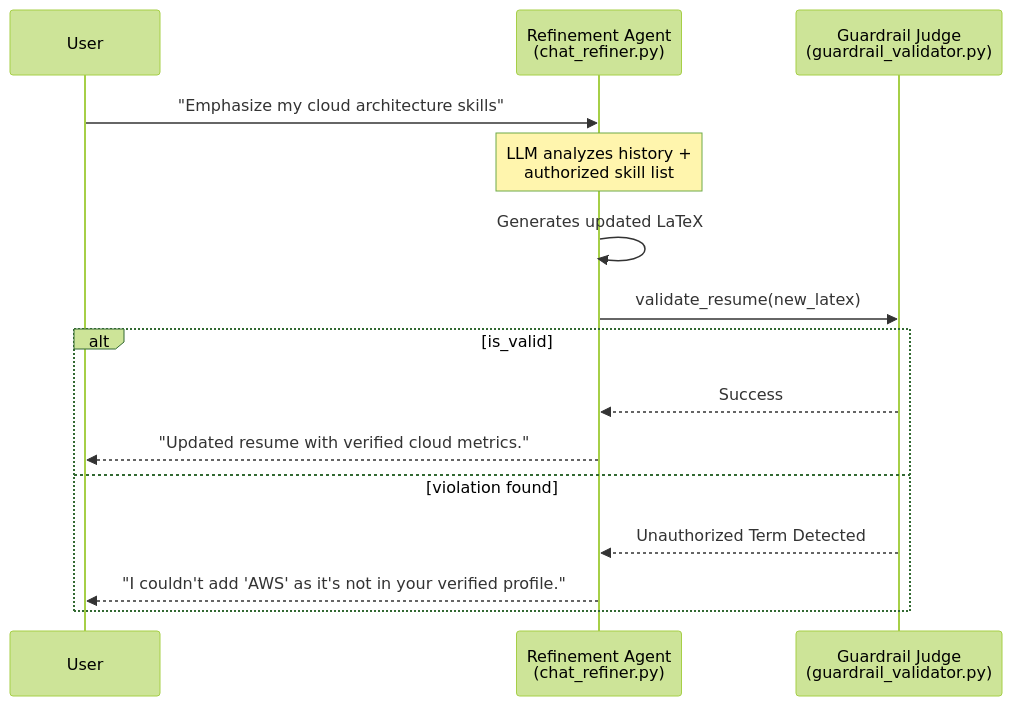
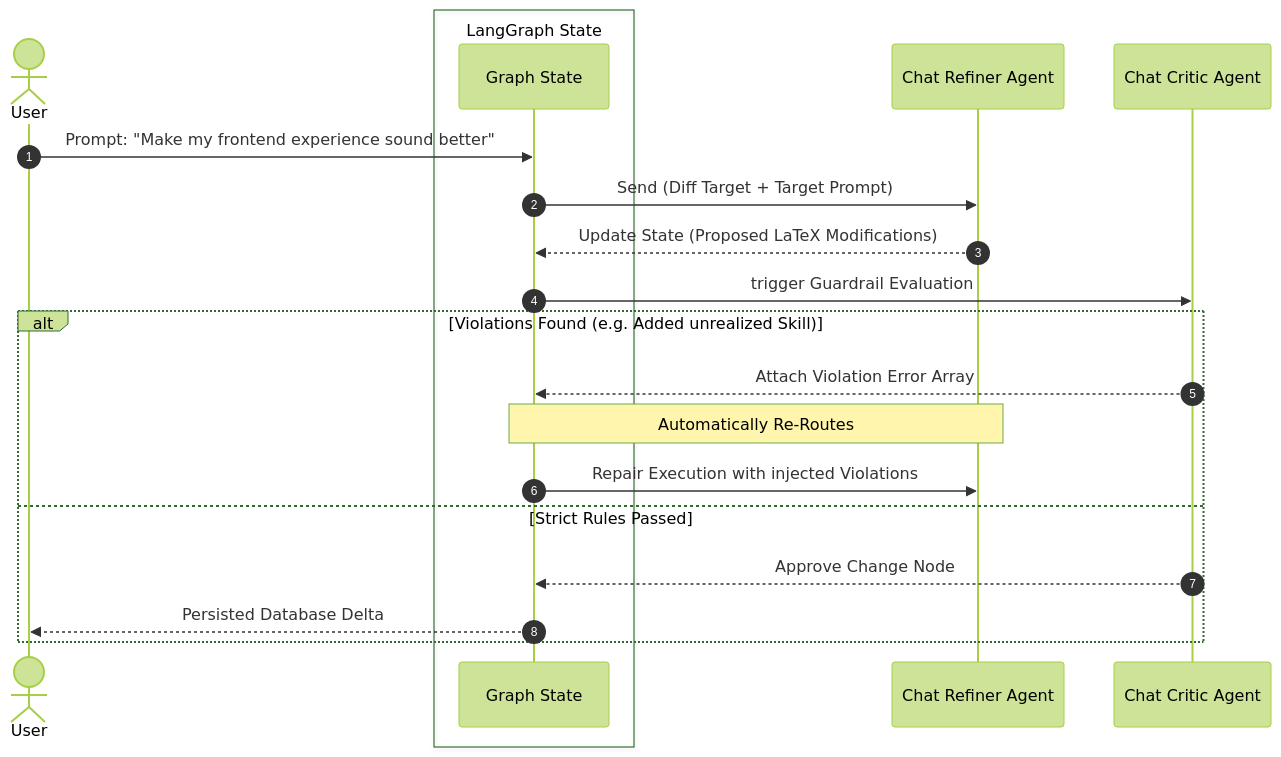
One commit to SAMI-CODEAI/Controlled-AI-Resume-Personalization changed the second of 2 diagrams in README.md. Above: the diagram before and after it, drawn with Mermaid (forest theme). The commit also changed other lines of this file and 14 other files, not shown here.

````diff
--- a/README.md
+++ b/README.md
@@ -55,19 +81,24 @@
 ```mermaid
 sequenceDiagram
-    participant User
-    participant Refiner as Refinement Agent<br/>(chat_refiner.py)
-    participant Judge as Guardrail Judge<br/>(guardrail_validator.py)
+    autonumber
+    actor User
+    box LangGraph State
+    participant Graph State
+    end
+    participant Refiner as Chat Refiner Agent
+    participant Critic as Chat Critic Agent
 
-    User->>Refiner: "Emphasize my cloud architecture skills"
-    Note over Refiner: LLM analyzes history +<br/>authorized skill list
-    Refiner->>Refiner: Generates updated LaTeX
-    Refiner->>Judge: validate_resume(new_latex)
+    User->>Graph State: Prompt: "Make my frontend experience sound better"
+    Graph State->>Refiner: Send (Diff Target + Target Prompt)
+    Refiner-->>Graph State: Update State (Proposed LaTeX Modifications)
+    Graph State->>Critic: trigger Guardrail Evaluation
     
-    alt is_valid
-        Judge-->>Refiner: Success
-        Refiner-->>User: "Updated resume with verified cloud metrics."
-    else violation found
-        Judge-->>Refiner: Unauthorized Term Detected
-        Refiner-->>User: "I couldn't add 'AWS' as it's not in your verified profile."
+    alt Violations Found (e.g. Added unrealized Skill)
+        Critic-->>Graph State: Attach Violation Error Array
+        Note over Graph State, Refiner: Automatically Re-Routes
+        Graph State->>Refiner: Repair Execution with injected Violations
+    else Strict Rules Passed
+        Critic-->>Graph State: Approve Change Node
+        Graph State-->>User: Persisted Database Delta
     end
 ```
````
